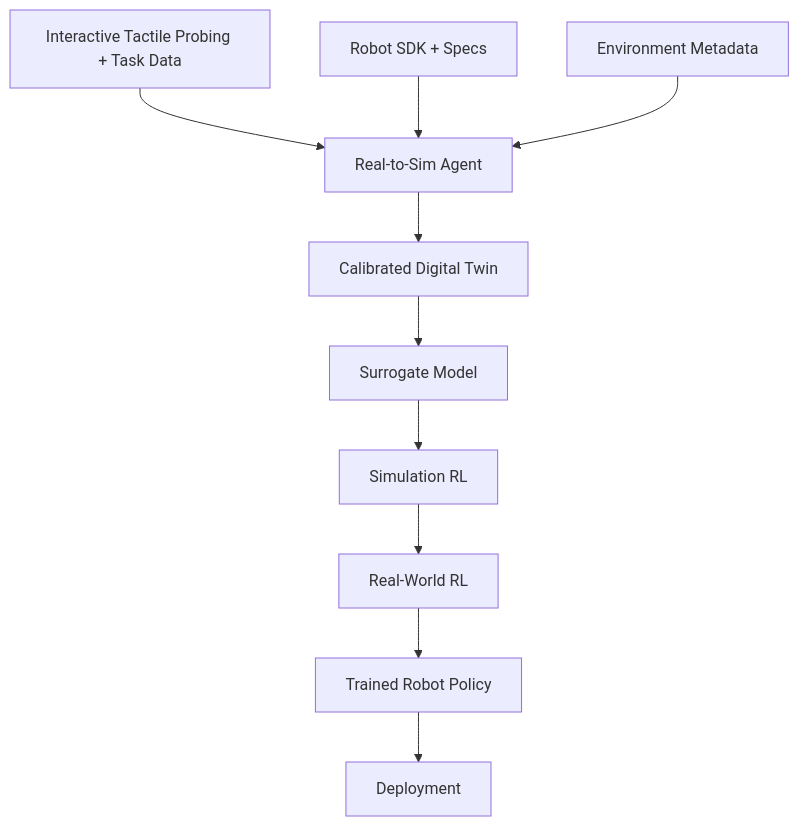
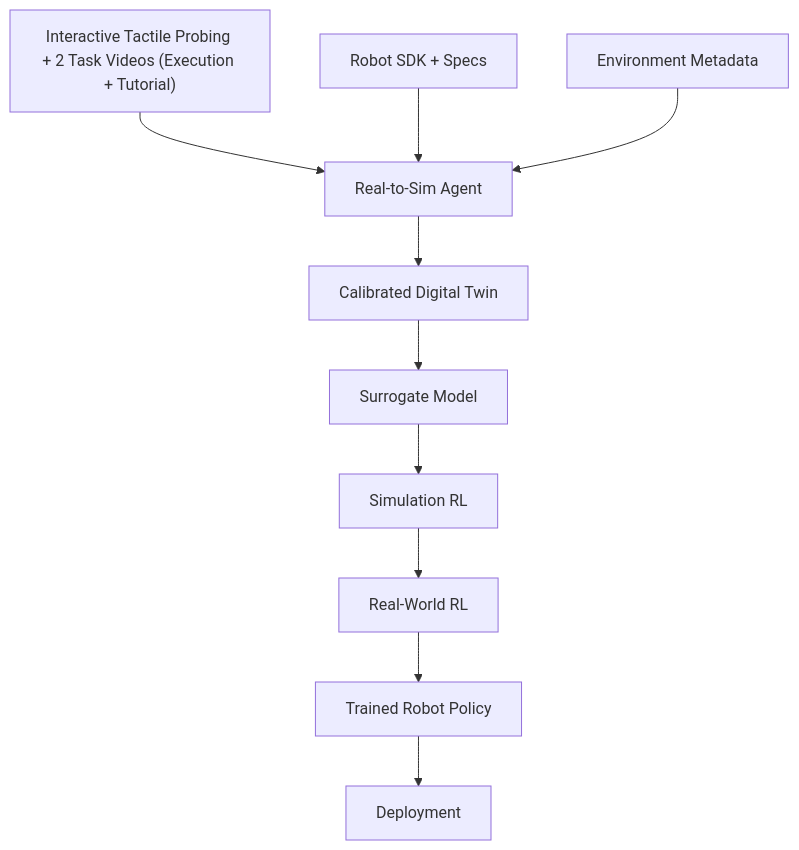
One commit to Freelunch-AI/freelunch-ide changed the first of 11 diagrams in docs/specs/post-demo/lunch_robotics.md. Above: the diagram before and after it, drawn with Mermaid. The commit also changed other lines of this file, not shown here.

First line of the commit message:
Revise task demonstration dataset requirements

````diff
--- a/docs/specs/post-demo/lunch_robotics.md
+++ b/docs/specs/post-demo/lunch_robotics.md
@@ -22,13 +25,13 @@
 ```mermaid
 flowchart TD
-    A["Interactive Tactile Probing + Task Data"] --> D["Real-to-Sim Agent"]
+    A["Interactive Tactile Probing + 2 Task Videos (Execution + Tutorial)"] --> D["Real-to-Sim Agent"]
     B["Robot SDK + Specs"] --> D
     C["Environment Metadata"] --> D
 
     D --> E["Calibrated Digital Twin"]
     E --> F["Surrogate Model"]
     F --> G["Simulation RL"]
     G --> H["Real-World RL"]
     H --> I["Trained Robot Policy"]
     I --> J["Deployment"]
 ```
````
